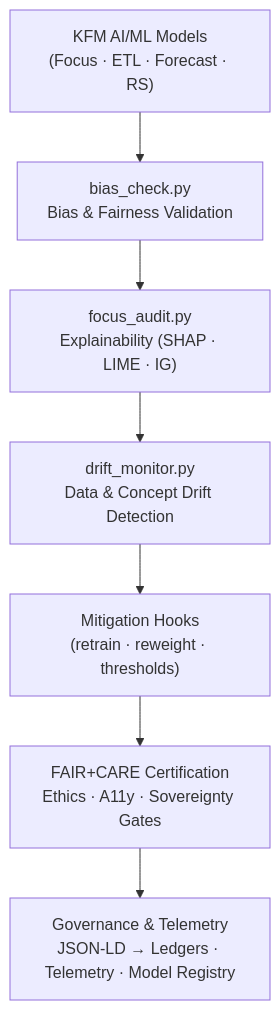
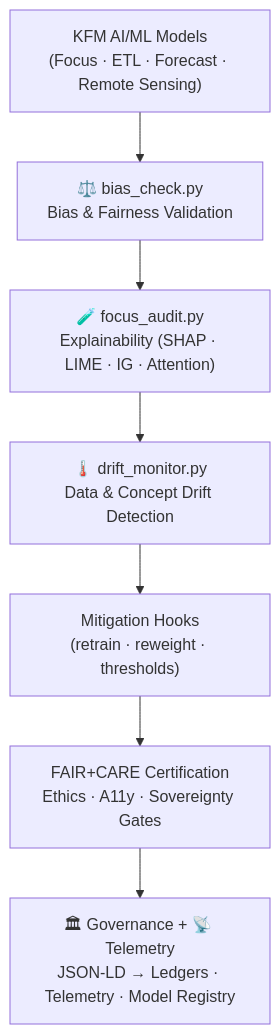
One commit to bartytime4life/Kansas-Frontier-Matrix changed the diagram in tools/ai/README.md. Above: the diagram before and after it, drawn with Mermaid. The commit also changed other lines of this file, not shown here.

````diff
--- a/tools/ai/README.md
+++ b/tools/ai/README.md
@@ -158,10 +160,10 @@
-~~~~mermaid
+```mermaid
 flowchart TD
-    A["KFM AI/ML Models\n(Focus · ETL · Forecast · RS)"]
-      --> B["bias_check.py\nBias & Fairness Validation"]
-    B --> C["focus_audit.py\nExplainability (SHAP · LIME · IG)"]
-    C --> D["drift_monitor.py\nData & Concept Drift Detection"]
+    A["KFM AI/ML Models\n(Focus · ETL · Forecast · Remote Sensing)"]
+      --> B["⚖️ bias_check.py\nBias & Fairness Validation"]
+    B --> C["🧪 focus_audit.py\nExplainability (SHAP · LIME · IG · Attention)"]
+    C --> D["🌡️ drift_monitor.py\nData & Concept Drift Detection"]
     D --> E["Mitigation Hooks\n(retrain · reweight · thresholds)"]
     E --> F["FAIR+CARE Certification\nEthics · A11y · Sovereignty Gates"]
-    F --> G["Governance & Telemetry\nJSON-LD → Ledgers · Telemetry · Model Registry"]
-~~~~
+    F --> G["🏛 Governance + 📡 Telemetry\nJSON-LD → Ledgers · Telemetry · Model Registry"]
+```
````
